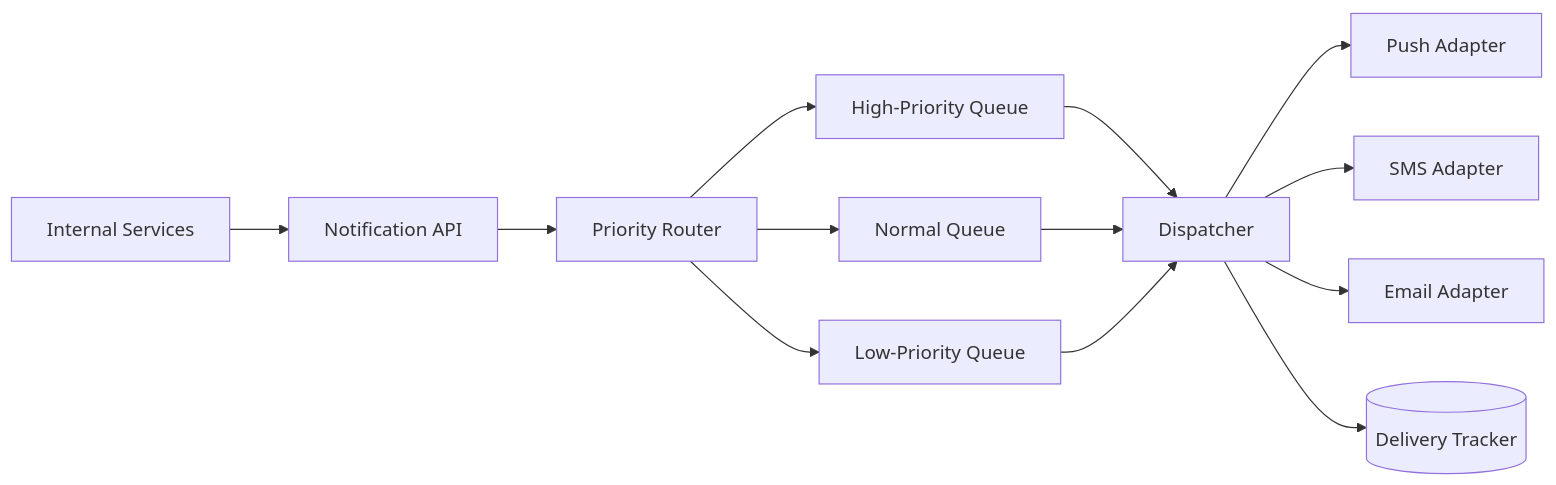
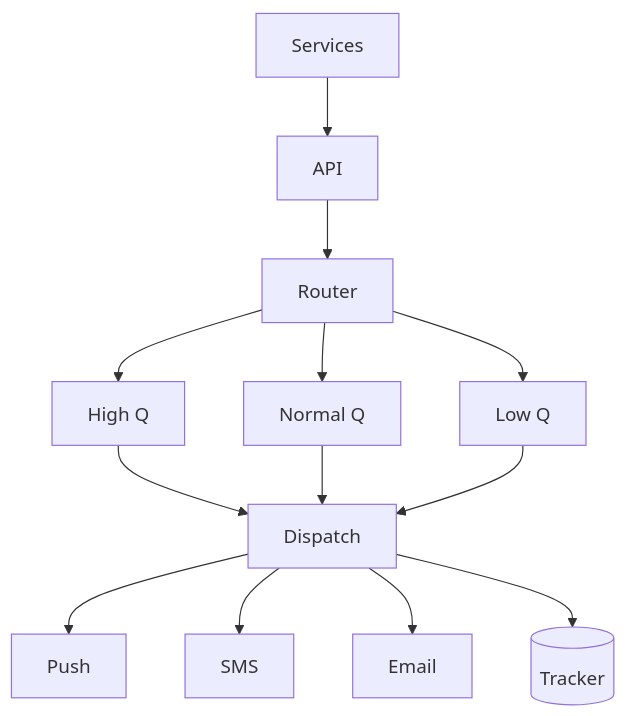
One commit to huangsam/systology changed the diagram in site/content/designs/notification-system.md. Above: the diagram before and after it, drawn with Mermaid. The commit also changed 4 other files, not shown here.

Commit message:
Enhance mermaid diagrams for new content

```diff
--- a/site/content/designs/notification-system.md
+++ b/site/content/designs/notification-system.md
@@ -23,15 +23,15 @@
 {{< mermaid >}}
-graph LR
-  Services[Internal Services] --> API[Notification API]
-  API --> Router[Priority Router]
-  Router --> HQ[High-Priority Queue]
-  Router --> NQ[Normal Queue]
-  Router --> LQ[Low-Priority Queue]
-  HQ --> Dispatcher
-  NQ --> Dispatcher
-  LQ --> Dispatcher
-  Dispatcher --> Push[Push Adapter]
-  Dispatcher --> SMS[SMS Adapter]
-  Dispatcher --> Email[Email Adapter]
-  Dispatcher --> TrackDB[(Delivery Tracker)]
+graph TD
+  Services --> API
+  API --> Router
+  Router --> HQ[High Q]
+  Router --> NQ[Normal Q]
+  Router --> LQ[Low Q]
+  HQ --> Dispatch
+  NQ --> Dispatch
+  LQ --> Dispatch
+  Dispatch --> Push
+  Dispatch --> SMS
+  Dispatch --> Email
+  Dispatch --> Tracker[(Tracker)]
 {{< /mermaid >}}
```
